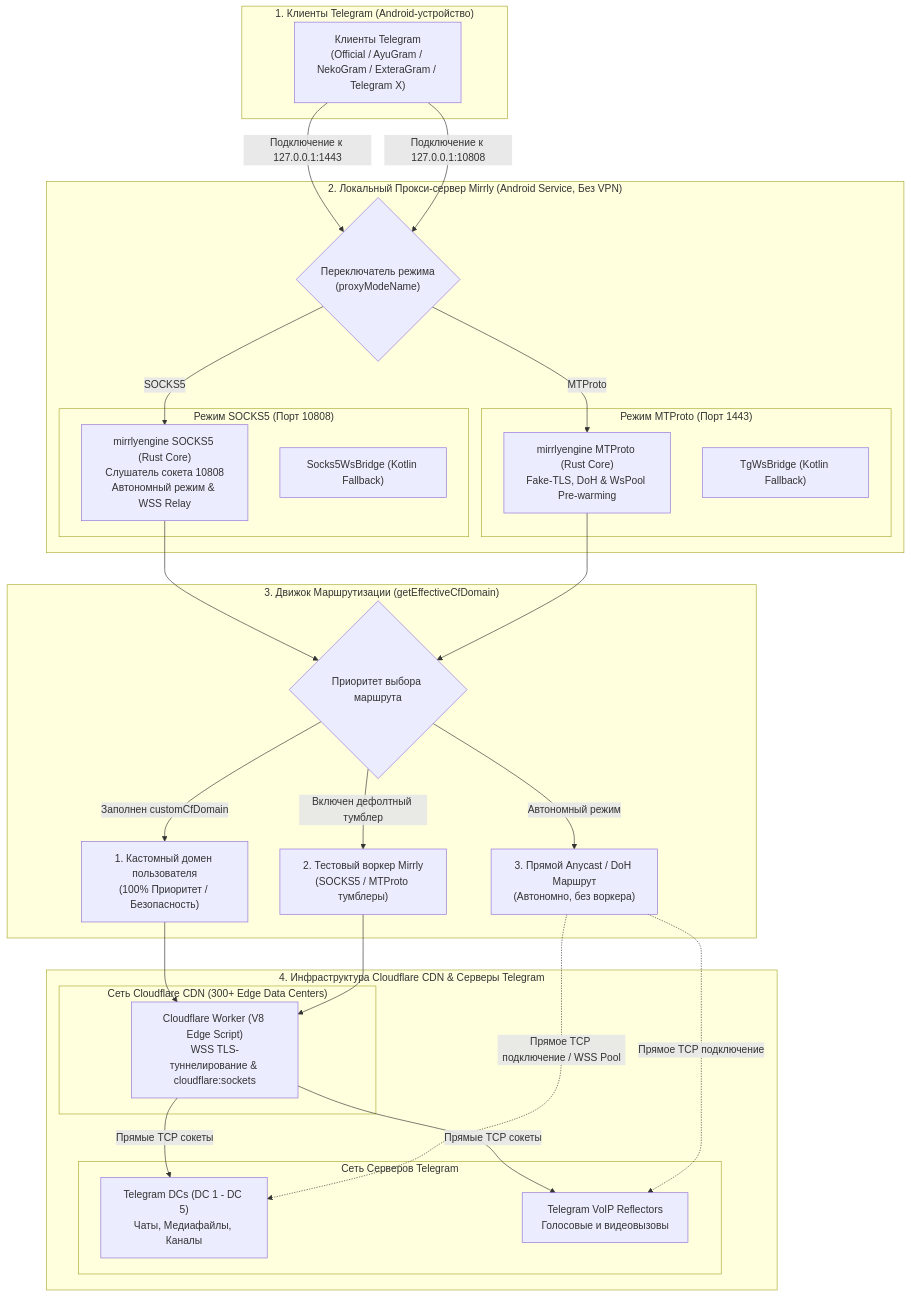
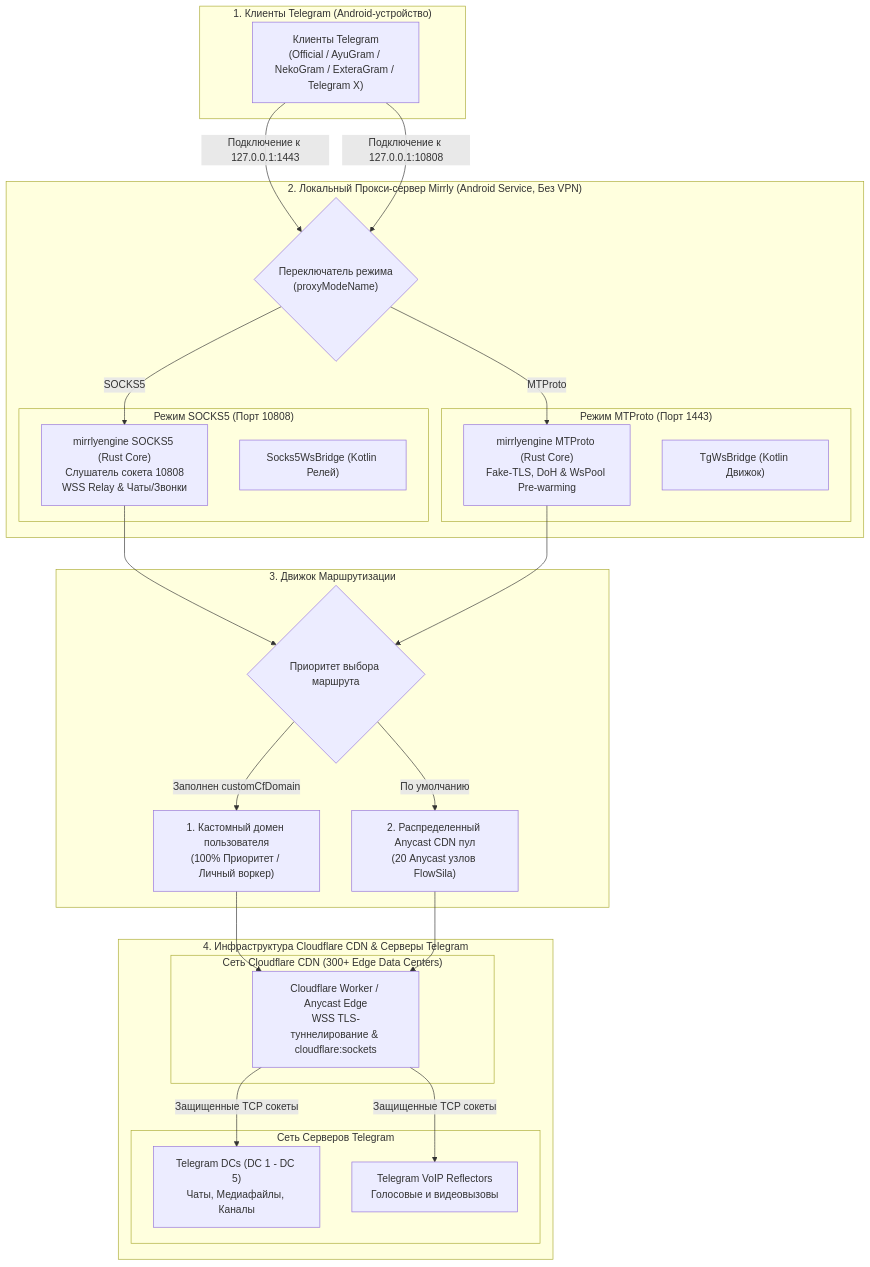
Before and after one commit to joycecurcirt539-dot/Mirrly-TG-Proxy: the diagram in README.md, drawn with Mermaid. The commit also changed other lines of this file, not shown here.

Commit message:
docs: update README.md to reflect current Rust core architecture and Anycast CDN pool

````diff
--- a/README.md
+++ b/README.md
@@ -138,59 +131,55 @@
 ```mermaid
 flowchart TD
     subgraph ClientLayer ["1. Клиенты Telegram (Android-устройство)"]
         TGApp["Клиенты Telegram<br/>(Official / AyuGram / NekoGram / ExteraGram / Telegram X)"]
     end
 
     subgraph ServiceLayer ["2. Локальный Прокси-сервер Mirrly (Android Service, Без VPN)"]
         ModeSwitch{"Переключатель режима<br/>(proxyModeName)"}
         
         subgraph SocksBox ["Режим SOCKS5 (Порт 10808)"]
-            SocksRust["mirrlyengine SOCKS5 (Rust Core)<br/>Слушатель сокета 10808<br/>Автономный режим & WSS Relay"]
-            SocksKotlin["Socks5WsBridge (Kotlin Fallback)"]
+            SocksRust["mirrlyengine SOCKS5 (Rust Core)<br/>Слушатель сокета 10808<br/>WSS Relay & Чаты/Звонки"]
+            SocksKotlin["Socks5WsBridge (Kotlin Релей)"]
         end
 
         subgraph MtprotoBox ["Режим MTProto (Порт 1443)"]
             MtprotoRust["mirrlyengine MTProto (Rust Core)<br/>Fake-TLS, DoH & WsPool Pre-warming"]
-            MtprotoKotlin["TgWsBridge (Kotlin Fallback)"]
+            MtprotoKotlin["TgWsBridge (Kotlin Движок)"]
         end
 
         ModeSwitch -->|SOCKS5| SocksRust
         ModeSwitch -->|MTProto| MtprotoRust
     end
 
-    subgraph ResolverLayer ["3. Движок Маршрутизации (getEffectiveCfDomain)"]
+    subgraph ResolverLayer ["3. Движок Маршрутизации"]
         WorkerResolver{"Приоритет выбора маршрута"}
-        UserWorker["1. Кастомный домен пользователя<br/>(100% Приоритет / Безопасность)"]
-        DefaultWorker["2. Тестовый воркер Mirrly<br/>(SOCKS5 / MTProto тумблеры)"]
-        DirectRoute["3. Прямой Anycast / DoH Маршрут<br/>(Автономно, без воркера)"]
+        UserWorker["1. Кастомный домен пользователя<br/>(100% Приоритет / Личный воркер)"]
+        FlowsilaPool["2. Распределенный Anycast CDN пул<br/>(20 Anycast узлов FlowSila)"]
 
         WorkerResolver -->|Заполнен customCfDomain| UserWorker
-        WorkerResolver -->|Включен дефолтный тумблер| DefaultWorker
-        WorkerResolver -->|Автономный режим| DirectRoute
+        WorkerResolver -->|По умолчанию| FlowsilaPool
     end
 
     subgraph InfrastructureLayer ["4. Инфраструктура Cloudflare CDN & Серверы Telegram"]
         subgraph CFEdge ["Сеть Cloudflare CDN (300+ Edge Data Centers)"]
-            CFWorker["Cloudflare Worker (V8 Edge Script)<br/>WSS TLS-туннелирование & cloudflare:sockets"]
+            CFWorker["Cloudflare Worker / Anycast Edge<br/>WSS TLS-туннелирование & cloudflare:sockets"]
         end
 
         subgraph TelegramInfra ["Сеть Серверов Telegram"]
             TelegramDC["Telegram DCs (DC 1 - DC 5)<br/>Чаты, Медиафайлы, Каналы"]
             VoIPNodes["Telegram VoIP Reflectors<br/>Голосовые и видеовызовы"]
         end
 
-        CFWorker -->|Прямые TCP сокеты| TelegramDC
-        CFWorker -->|Прямые TCP сокеты| VoIPNodes
-        DirectRoute -.->|Прямое TCP подключение / WSS Pool| TelegramDC
-        DirectRoute -.->|Прямое TCP подключение| VoIPNodes
+        CFWorker -->|Защищенные TCP сокеты| TelegramDC
+        CFWorker -->|Защищенные TCP сокеты| VoIPNodes
     end
 
     TGApp -->|Подключение к 127.0.0.1:1443| ModeSwitch
     TGApp -->|Подключение к 127.0.0.1:10808| ModeSwitch
     
     SocksRust --> WorkerResolver
     MtprotoRust --> WorkerResolver
     
     UserWorker --> CFWorker
-    DefaultWorker --> CFWorker
+    FlowsilaPool --> CFWorker
 ```
````
